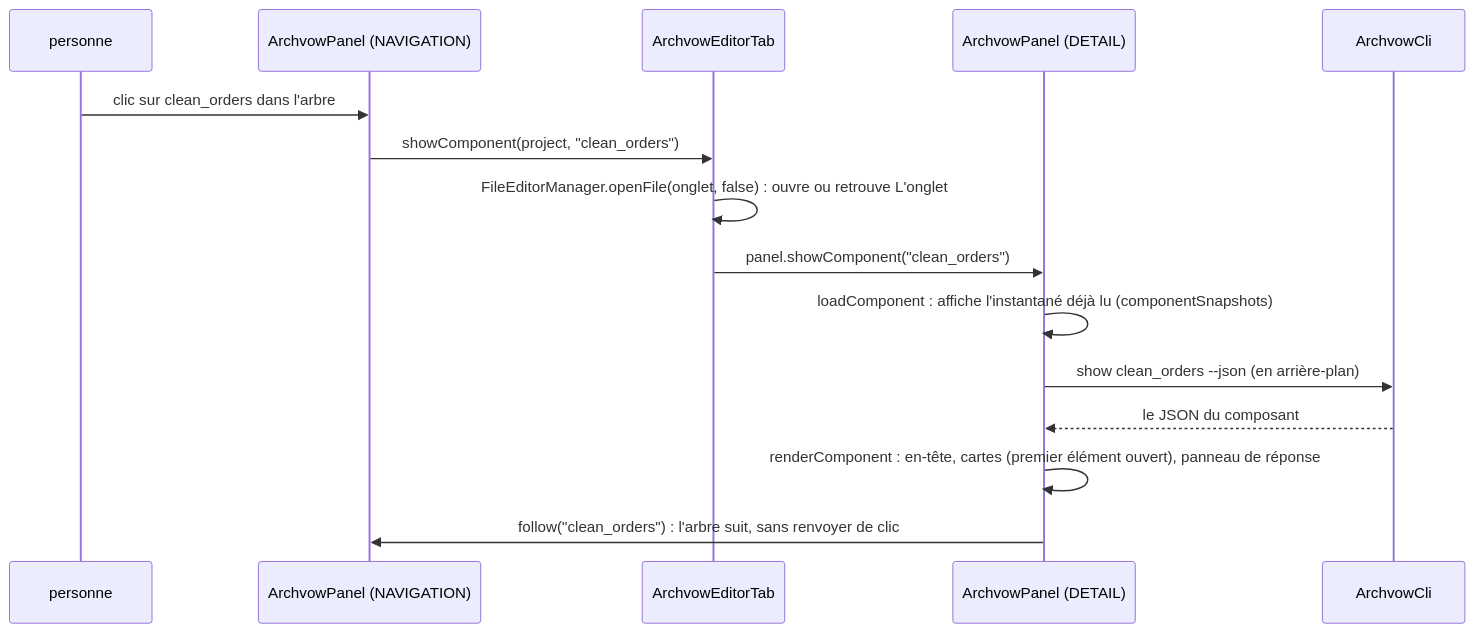
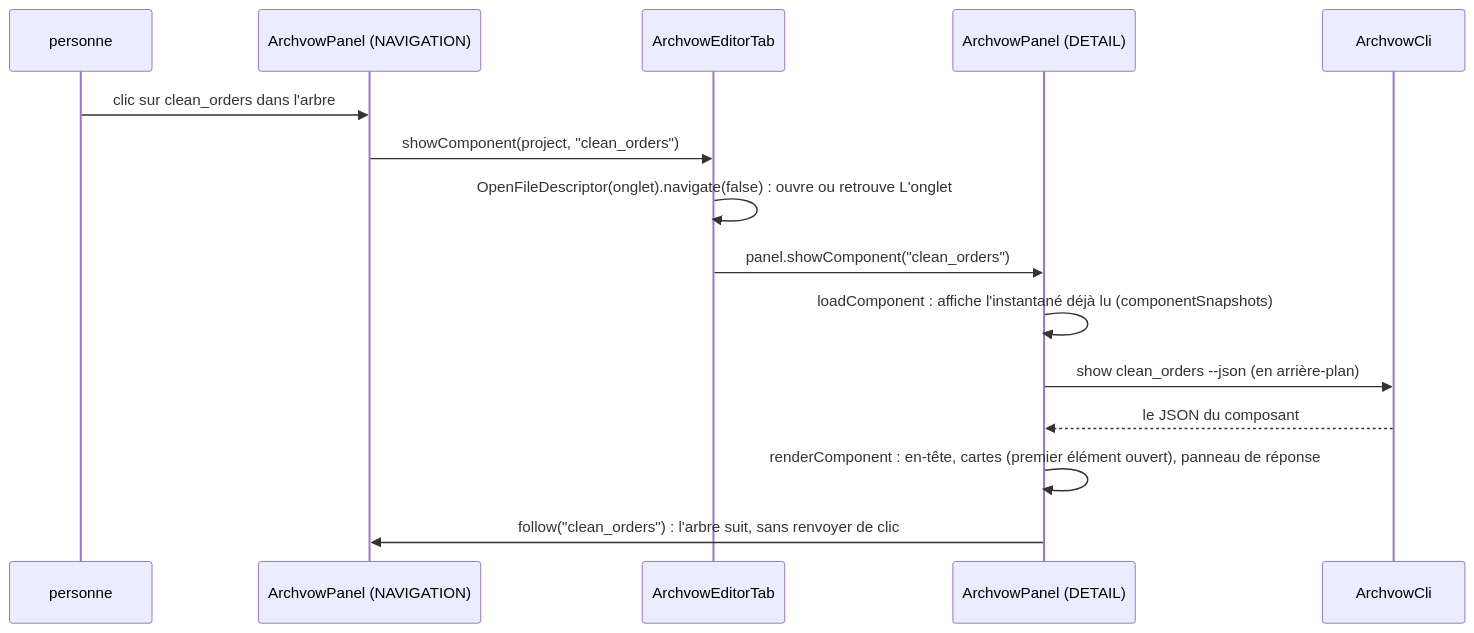
Before and after one commit to archvow/archvow-plugin: the first of 2 diagrams in wiki/01-reading-guide.md, drawn with Mermaid. The commit also changed 10 other files, not shown here.

````diff
--- a/wiki/01-reading-guide.md
+++ b/wiki/01-reading-guide.md
@@ -44,17 +44,17 @@
 ```mermaid
 sequenceDiagram
   participant P as personne
   participant NAV as ArchvowPanel (NAVIGATION)
   participant TAB as ArchvowEditorTab
   participant DET as ArchvowPanel (DETAIL)
   participant CLI as ArchvowCli
   P->>NAV: clic sur clean_orders dans l'arbre
   NAV->>TAB: showComponent(project, "clean_orders")
-  TAB->>TAB: FileEditorManager.openFile(onglet, false) : ouvre ou retrouve L'onglet
+  TAB->>TAB: OpenFileDescriptor(onglet).navigate(false) : ouvre ou retrouve L'onglet
   TAB->>DET: panel.showComponent("clean_orders")
   DET->>DET: loadComponent : affiche l'instantané déjà lu (componentSnapshots)
   DET->>CLI: show clean_orders --json (en arrière-plan)
   CLI-->>DET: le JSON du composant
   DET->>DET: renderComponent : en-tête, cartes (premier élément ouvert), panneau de réponse
   DET->>NAV: follow("clean_orders") : l'arbre suit, sans renvoyer de clic
 ```
````
